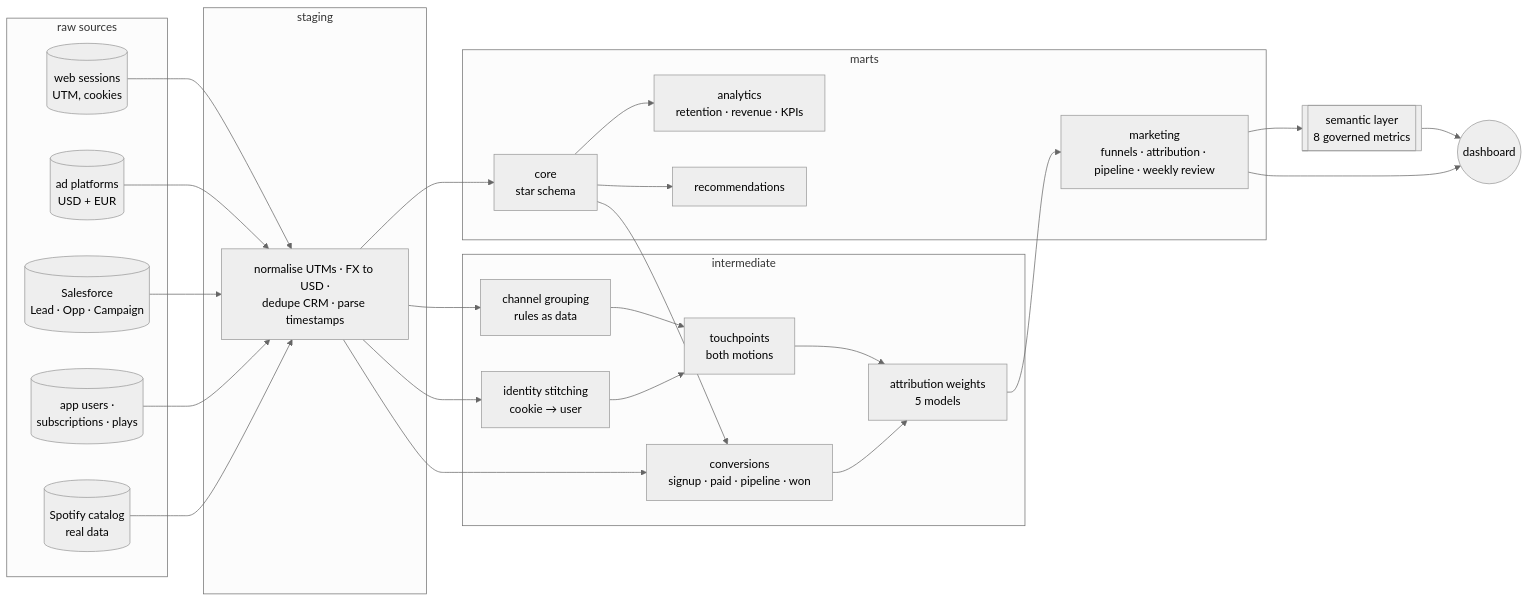
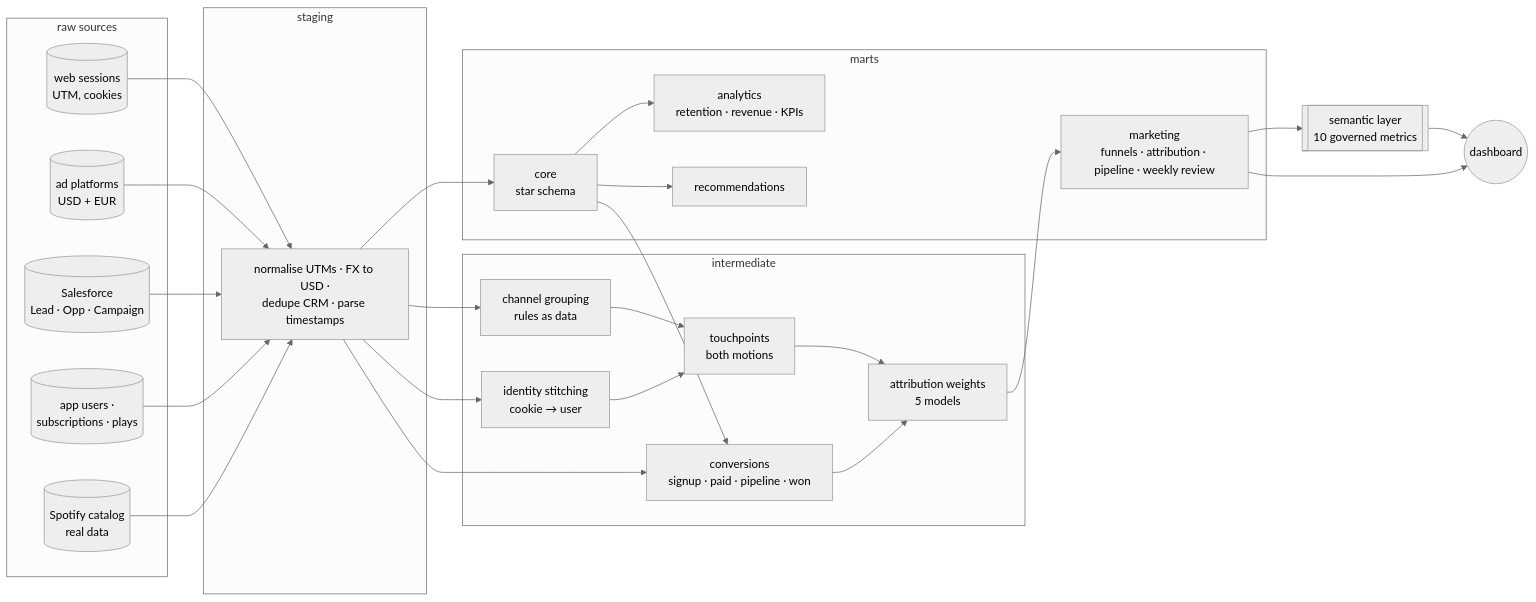
Before and after one commit to larrozeemma-btz/muse-dbt: the diagram in README.md, drawn with Mermaid (neutral theme). The commit also changed other lines of this file and 23 other files, not shown here.

````diff
--- a/README.md
+++ b/README.md
@@ -46,37 +46,37 @@
 ```mermaid
 flowchart LR
   subgraph sources[raw sources]
     web[(web sessions<br/>UTM, cookies)]
     ads[(ad platforms<br/>USD + EUR)]
     sf[(Salesforce<br/>Lead · Opp · Campaign)]
     app[(app users ·<br/>subscriptions · plays)]
     cat[(Spotify catalog<br/>real data)]
   end
   subgraph stg[staging]
     s1[normalise UTMs · FX to USD ·<br/>dedupe CRM · parse timestamps]
   end
   subgraph int[intermediate]
     ch[channel grouping<br/>rules as data]
     id[identity stitching<br/>cookie → user]
     tp[touchpoints<br/>both motions]
     cv[conversions<br/>signup · paid · pipeline · won]
     aw[attribution weights<br/>5 models]
   end
   subgraph marts[marts]
     mk[marketing<br/>funnels · attribution · pipeline · weekly review]
     core[core<br/>star schema]
     an[analytics<br/>retention · revenue · KPIs]
     reco[recommendations]
   end
-  sl[[semantic layer<br/>8 governed metrics]]
+  sl[[semantic layer<br/>10 governed metrics]]
   dash((dashboard))
   web & ads & sf & app & cat --> s1
   s1 --> ch --> tp
   s1 --> id --> tp
   s1 --> cv
   tp & cv --> aw --> mk
   s1 --> core --> an & reco
   core --> cv
   mk --> sl --> dash
   mk --> dash
 ```
````
